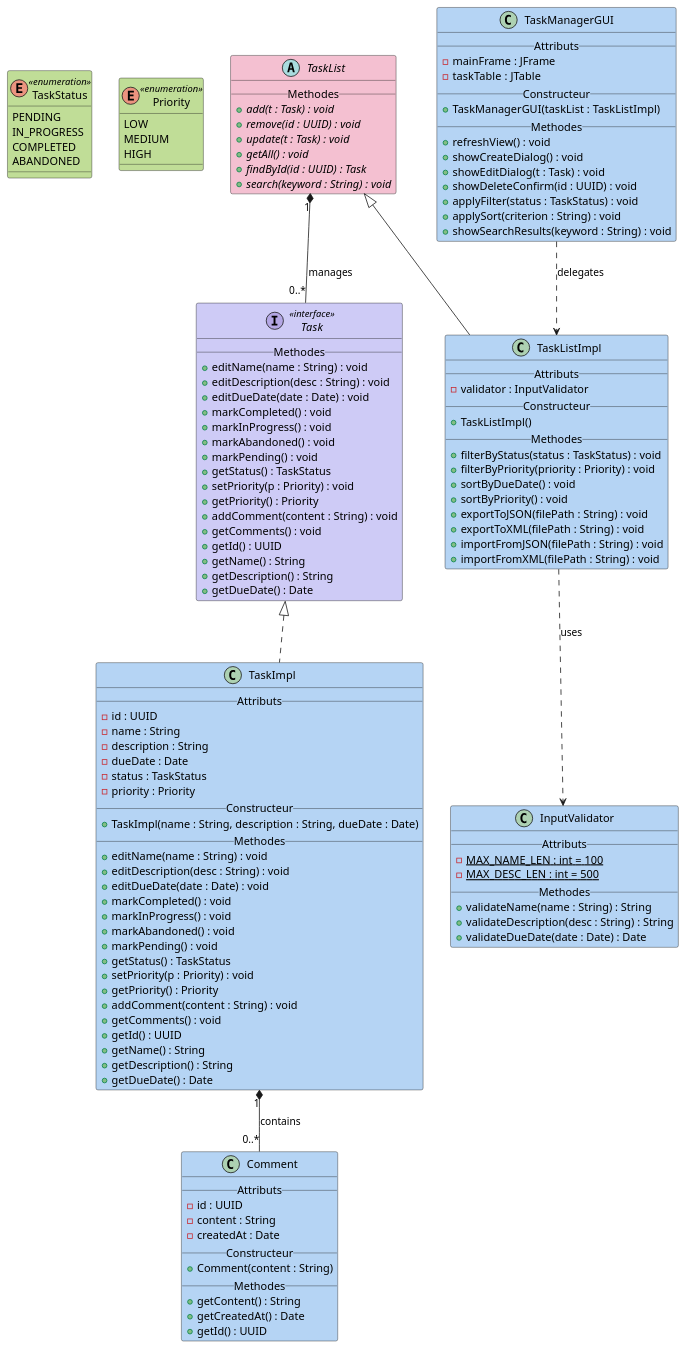
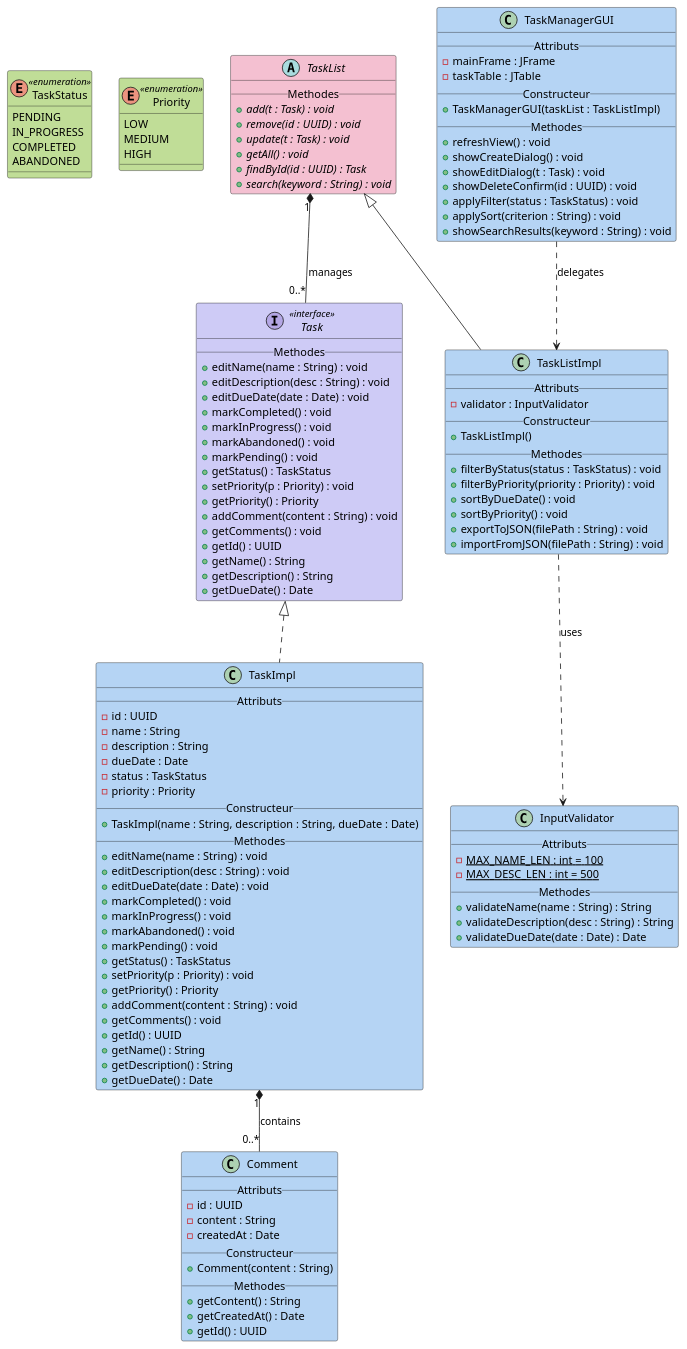
The diagram in class_diagram.puml (Julien3556/Gestionnaire_de_taches), drawn with PlantUML before and after one commit. The commit also changed 4 other files, not shown here.

```diff
--- a/class_diagram.puml
+++ b/class_diagram.puml
@@ -1,143 +1,141 @@
 @startuml ClassDiagram_Partie1
 
 enum TaskStatus <<enumeration>> #C0DD97 {
     PENDING
     IN_PROGRESS
     COMPLETED
     ABANDONED
 }
 
 enum Priority <<enumeration>> #C0DD97 {
     LOW
     MEDIUM
     HIGH
 }
 
 interface Task <<interface>> #CECBF6 {
     __Methodes__
     + editName(name : String) : void
     + editDescription(desc : String) : void
     + editDueDate(date : Date) : void
     + markCompleted() : void
     + markInProgress() : void
     + markAbandoned() : void
     + markPending() : void
     + getStatus() : TaskStatus
     + setPriority(p : Priority) : void
     + getPriority() : Priority
     + addComment(content : String) : void
     + getComments() : void
     + getId() : UUID
     + getName() : String
     + getDescription() : String
     + getDueDate() : Date
 }
 
 class TaskImpl #B5D4F4 {
     __Attributs__
     - id : UUID
     - name : String
     - description : String
     - dueDate : Date
     - status : TaskStatus
     - priority : Priority
     __Constructeur__
     + TaskImpl(name : String, description : String, dueDate : Date)
     __Methodes__
     + editName(name : String) : void
     + editDescription(desc : String) : void
     + editDueDate(date : Date) : void
     + markCompleted() : void
     + markInProgress() : void
     + markAbandoned() : void
     + markPending() : void
     + getStatus() : TaskStatus
     + setPriority(p : Priority) : void
     + getPriority() : Priority
     + addComment(content : String) : void
     + getComments() : void
     + getId() : UUID
     + getName() : String
     + getDescription() : String
     + getDueDate() : Date
 }
 
 class Comment #B5D4F4 {
     __Attributs__
     - id : UUID
     - content : String
     - createdAt : Date
     __Constructeur__
     + Comment(content : String)
     __Methodes__
     + getContent() : String
     + getCreatedAt() : Date
     + getId() : UUID
 }
 
 class InputValidator #B5D4F4 {
     __Attributs__
     - {static} MAX_NAME_LEN : int = 100
     - {static} MAX_DESC_LEN : int = 500
     __Methodes__
     + validateName(name : String) : String
     + validateDescription(desc : String) : String
     + validateDueDate(date : Date) : Date
 }
 
 abstract class TaskList #F4C0D1 {
     __Methodes__
     + {abstract} add(t : Task) : void
     + {abstract} remove(id : UUID) : void
     + {abstract} update(t : Task) : void
     + {abstract} getAll() : void
     + {abstract} findById(id : UUID) : Task
     + {abstract} search(keyword : String) : void
 }
 
 class TaskListImpl #B5D4F4 {
     __Attributs__
     - validator : InputValidator
     __Constructeur__
     + TaskListImpl()
     __Methodes__
     + filterByStatus(status : TaskStatus) : void
     + filterByPriority(priority : Priority) : void
     + sortByDueDate() : void
     + sortByPriority() : void
     + exportToJSON(filePath : String) : void
-    + exportToXML(filePath : String) : void
     + importFromJSON(filePath : String) : void
-    + importFromXML(filePath : String) : void
 }
 
 class TaskManagerGUI #B5D4F4 {
     __Attributs__
     - mainFrame : JFrame
     - taskTable : JTable
     __Constructeur__
     + TaskManagerGUI(taskList : TaskListImpl)
     __Methodes__
     + refreshView() : void
     + showCreateDialog() : void
     + showEditDialog(t : Task) : void
     + showDeleteConfirm(id : UUID) : void
     + applyFilter(status : TaskStatus) : void
     + applySort(criterion : String) : void
     + showSearchResults(keyword : String) : void
 }
 
 
 Task <|.. TaskImpl
 
 TaskList <|-- TaskListImpl
 
 TaskImpl "1" *-- "0..*" Comment : contains 
 
 TaskList "1" *-- "0..*" Task : manages 
 
 TaskListImpl ..> InputValidator : uses 
 
 TaskManagerGUI ..> TaskListImpl : delegates 
 
 @enduml
```
